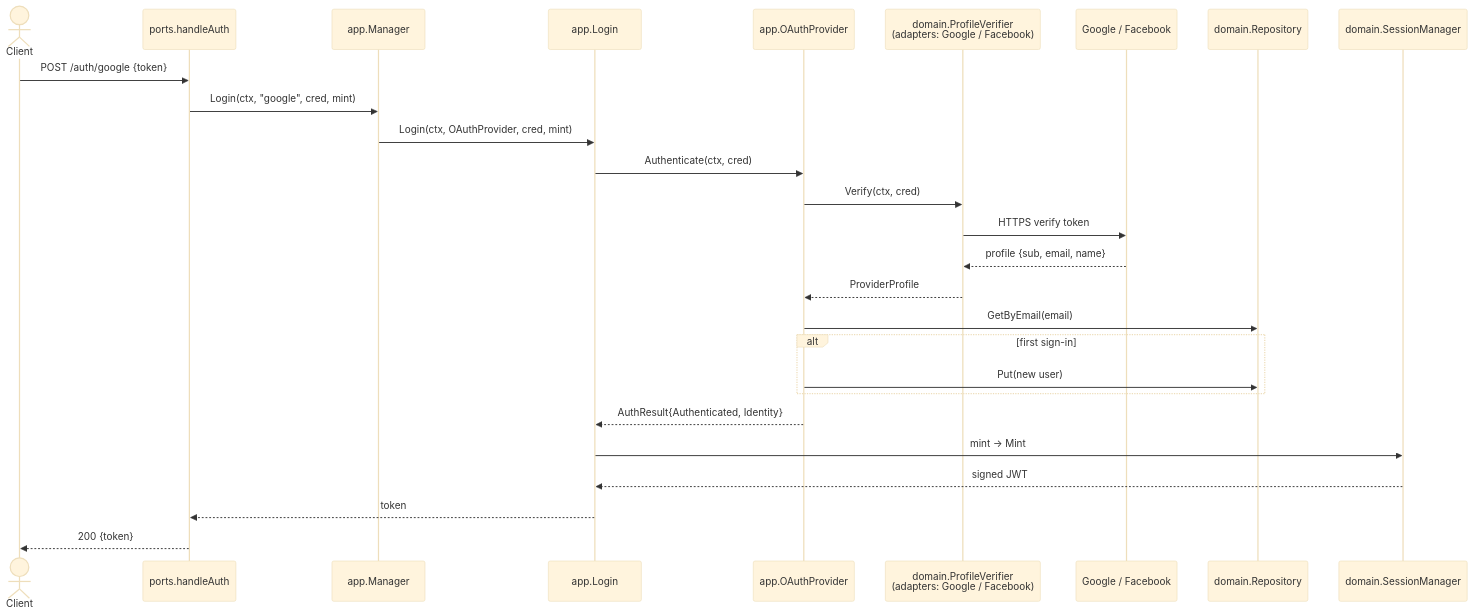
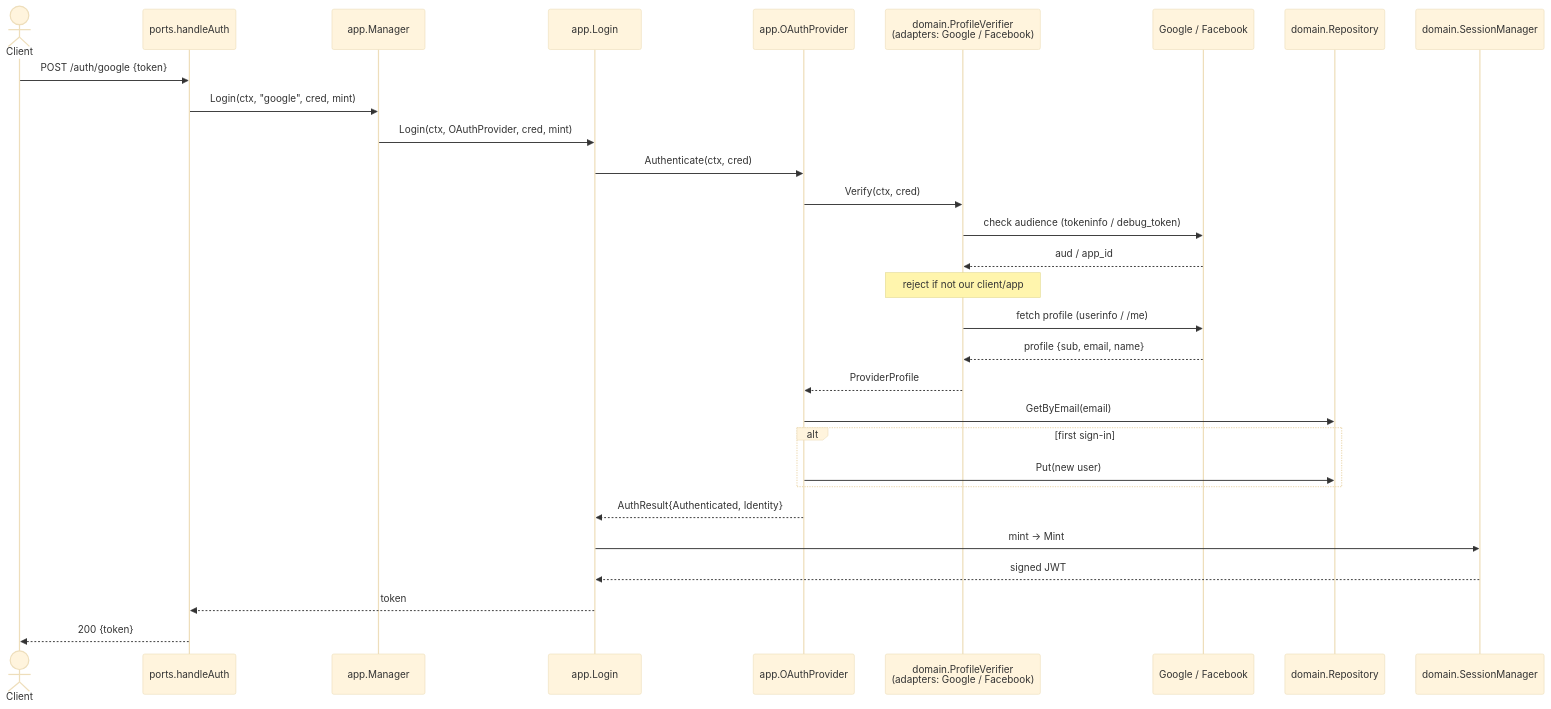
The fourth of 5 diagrams in backend/ARCHITECTURE.md (deedeeNg/FRPG), drawn with Mermaid (base theme) before and after one commit. The commit also changed other lines of this file and 7 other files, not shown here.

````diff
--- a/backend/ARCHITECTURE.md
+++ b/backend/ARCHITECTURE.md
@@ -199,30 +199,33 @@
 ```mermaid
 sequenceDiagram
   actor C as Client
   participant H as ports.handleAuth
   participant M as app.Manager
   participant L as app.Login
   participant O as app.OAuthProvider
   participant V as domain.ProfileVerifier<br/>(adapters: Google / Facebook)
   participant X as Google / Facebook
   participant R as domain.Repository
   participant S as domain.SessionManager
 
   C->>H: POST /auth/google {token}
   H->>M: Login(ctx, "google", cred, mint)
   M->>L: Login(ctx, OAuthProvider, cred, mint)
   L->>O: Authenticate(ctx, cred)
   O->>V: Verify(ctx, cred)
-  V->>X: HTTPS verify token
+  V->>X: check audience (tokeninfo / debug_token)
+  X-->>V: aud / app_id
+  Note over V: reject if not our client/app
+  V->>X: fetch profile (userinfo / /me)
   X-->>V: profile {sub, email, name}
   V-->>O: ProviderProfile
   O->>R: GetByEmail(email)
   alt first sign-in
     O->>R: Put(new user)
   end
   O-->>L: AuthResult{Authenticated, Identity}
   L->>S: mint → Mint
   S-->>L: signed JWT
   L-->>H: token
   H-->>C: 200 {token}
 ```
````
